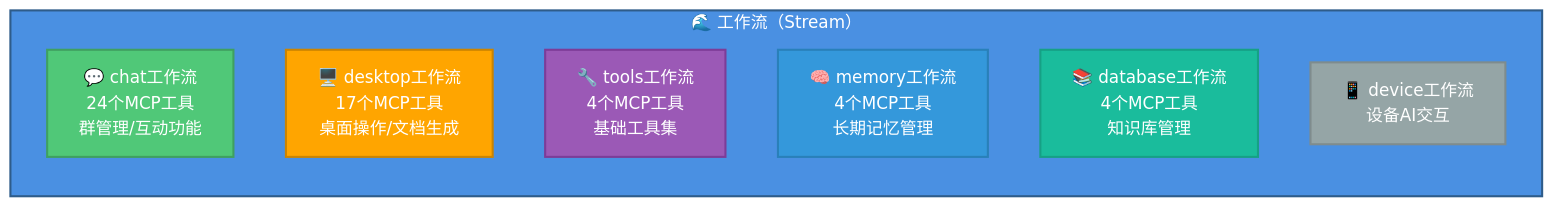
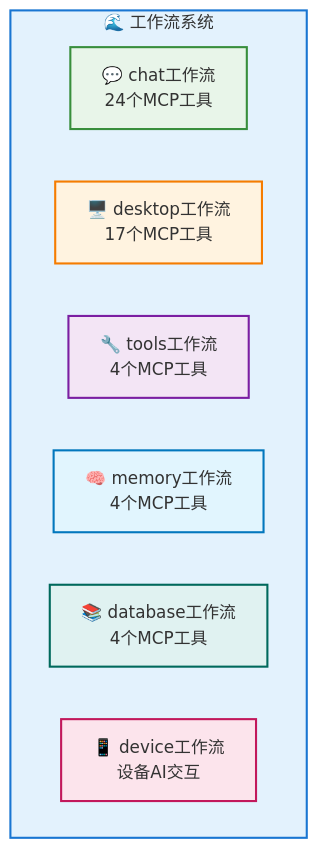
The first of 4 diagrams in docs/system-core.md (sunflowermm/XRK-AGT), drawn with Mermaid before and after one commit. The commit also changed other lines of this file and 19 other files, not shown here.

````diff
--- a/docs/system-core.md
+++ b/docs/system-core.md
@@ -250,20 +259,19 @@
 ```mermaid
-flowchart LR
-    subgraph Streams["🌊 工作流（Stream）"]
-        direction TB
-        Chat["💬 chat工作流<br/>24个MCP工具<br/>群管理/互动功能"]
-        Desktop["🖥️ desktop工作流<br/>17个MCP工具<br/>桌面操作/文档生成"]
-        Tools["🔧 tools工作流<br/>4个MCP工具<br/>基础工具集"]
-        Memory["🧠 memory工作流<br/>4个MCP工具<br/>长期记忆管理"]
-        Database["📚 database工作流<br/>4个MCP工具<br/>知识库管理"]
+flowchart TB
+    subgraph Streams["🌊 工作流系统"]
+        Chat["💬 chat工作流<br/>24个MCP工具"]
+        Desktop["🖥️ desktop工作流<br/>17个MCP工具"]
+        Tools["🔧 tools工作流<br/>4个MCP工具"]
+        Memory["🧠 memory工作流<br/>4个MCP工具"]
+        Database["📚 database工作流<br/>4个MCP工具"]
         Device["📱 device工作流<br/>设备AI交互"]
     end
     
-    style Streams fill:#4A90E2,stroke:#2E5C8A,stroke-width:2px,color:#fff
-    style Chat fill:#50C878,stroke:#3FA060,stroke-width:2px,color:#fff
-    style Desktop fill:#FFA500,stroke:#CC8400,stroke-width:2px,color:#fff
-    style Tools fill:#9B59B6,stroke:#7D3C98,stroke-width:2px,color:#fff
-    style Memory fill:#3498DB,stroke:#2980B9,stroke-width:2px,color:#fff
-    style Database fill:#1ABC9C,stroke:#16A085,stroke-width:2px,color:#fff
-    style Device fill:#95A5A6,stroke:#7F8C8D,stroke-width:2px,color:#fff
+    style Streams fill:#E3F2FD,stroke:#1976D2,stroke-width:2px
+    style Chat fill:#E8F5E9,stroke:#388E3C,stroke-width:2px
+    style Desktop fill:#FFF3E0,stroke:#F57C00,stroke-width:2px
+    style Tools fill:#F3E5F5,stroke:#7B1FA2,stroke-width:2px
+    style Memory fill:#E1F5FE,stroke:#0277BD,stroke-width:2px
+    style Database fill:#E0F2F1,stroke:#00695C,stroke-width:2px
+    style Device fill:#FCE4EC,stroke:#C2185B,stroke-width:2px
 ```
````
